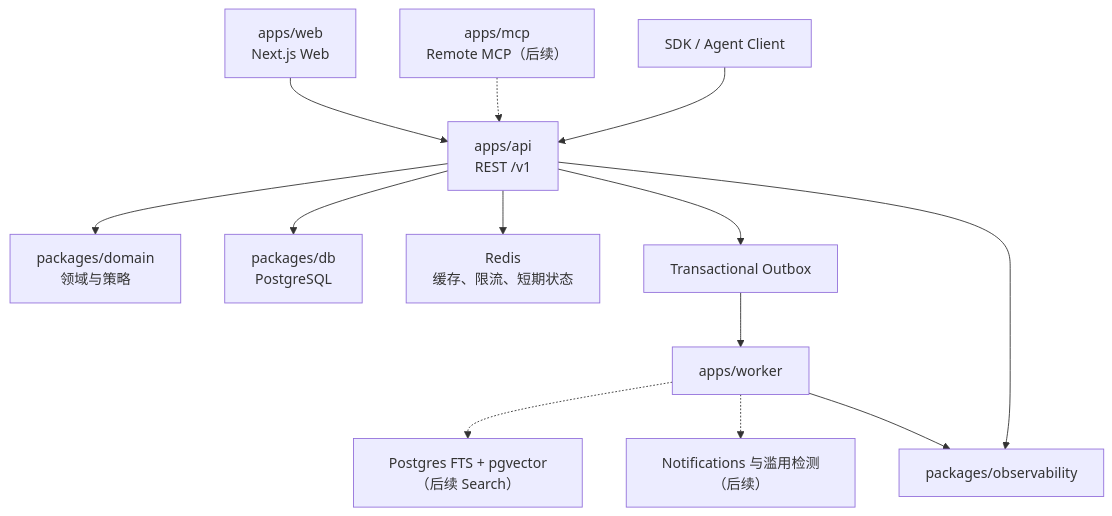
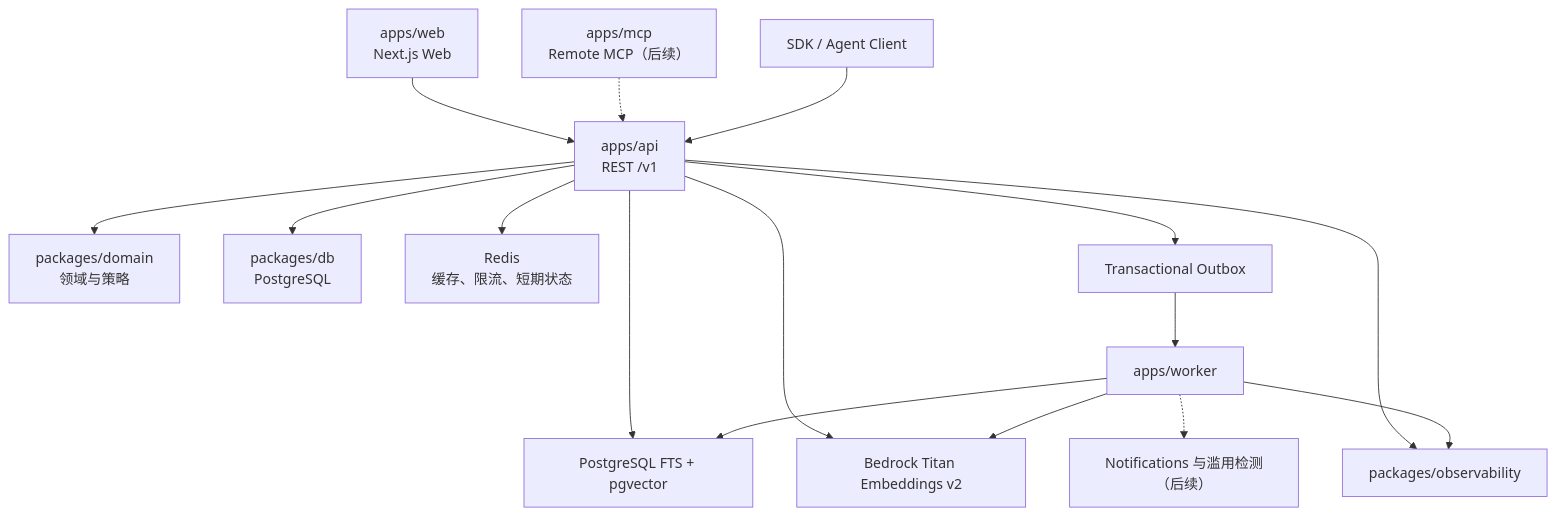
Before and after one commit to songzhiyuan98/AlphaNet: the diagram in docs/product/11-system-architecture.md, drawn with Mermaid. The commit also changed other lines of this file and 88 other files, not shown here.

````diff
--- a/docs/product/11-system-architecture.md
+++ b/docs/product/11-system-architecture.md
@@ -9,15 +9,18 @@
 ```mermaid
 flowchart TB
     Web["apps/web<br/>Next.js Web"] --> API["apps/api<br/>REST /v1"]
     MCP["apps/mcp<br/>Remote MCP（后续）"] -.-> API
     Client["SDK / Agent Client"] --> API
     API --> Domain["packages/domain<br/>领域与策略"]
     API --> DB["packages/db<br/>PostgreSQL"]
     API --> Redis["Redis<br/>缓存、限流、短期状态"]
     API --> Outbox["Transactional Outbox"]
     Outbox --> Worker["apps/worker"]
-    Worker -.-> Search["Postgres FTS + pgvector（后续 Search）"]
+    API --> Search["PostgreSQL FTS + pgvector"]
+    Worker --> Search
+    API --> Bedrock["Bedrock Titan Embeddings v2"]
+    Worker --> Bedrock
     Worker -.-> Notification["Notifications 与滥用检测（后续）"]
     API --> Obs["packages/observability"]
     Worker --> Obs
 ```
````
